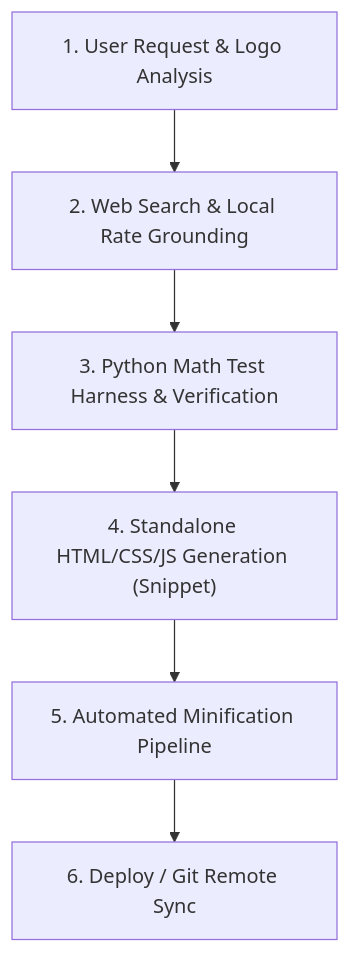
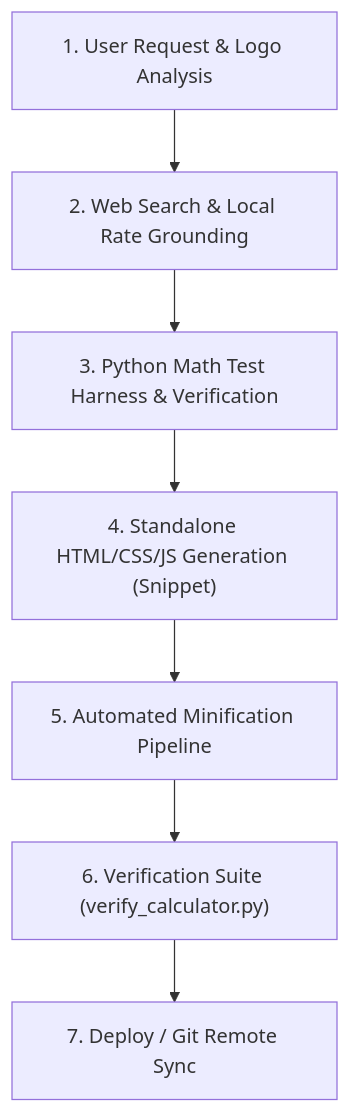
Before and after one commit to Bluejaypro-Team/wordpress-cost-calculator-builder: the diagram in SKILL.md, drawn with Mermaid. The commit also changed other lines of this file, not shown here.

Commit message:
fix(modal): add anti-cascade specificity protocol, custom stepper default hiding, and dual verification suite

````diff
--- a/SKILL.md
+++ b/SKILL.md
@@ -190,8 +267,9 @@
 ```mermaid
 flowchart TD
     A["1. User Request & Logo Analysis"] --> B["2. Web Search & Local Rate Grounding"]
     B --> C["3. Python Math Test Harness & Verification"]
     C --> D["4. Standalone HTML/CSS/JS Generation (Snippet)"]
     D --> E["5. Automated Minification Pipeline"]
-    E --> F["6. Deploy / Git Remote Sync"]
+    E --> F["6. Verification Suite (verify_calculator.py)"]
+    F --> G["7. Deploy / Git Remote Sync"]
 ```
````
